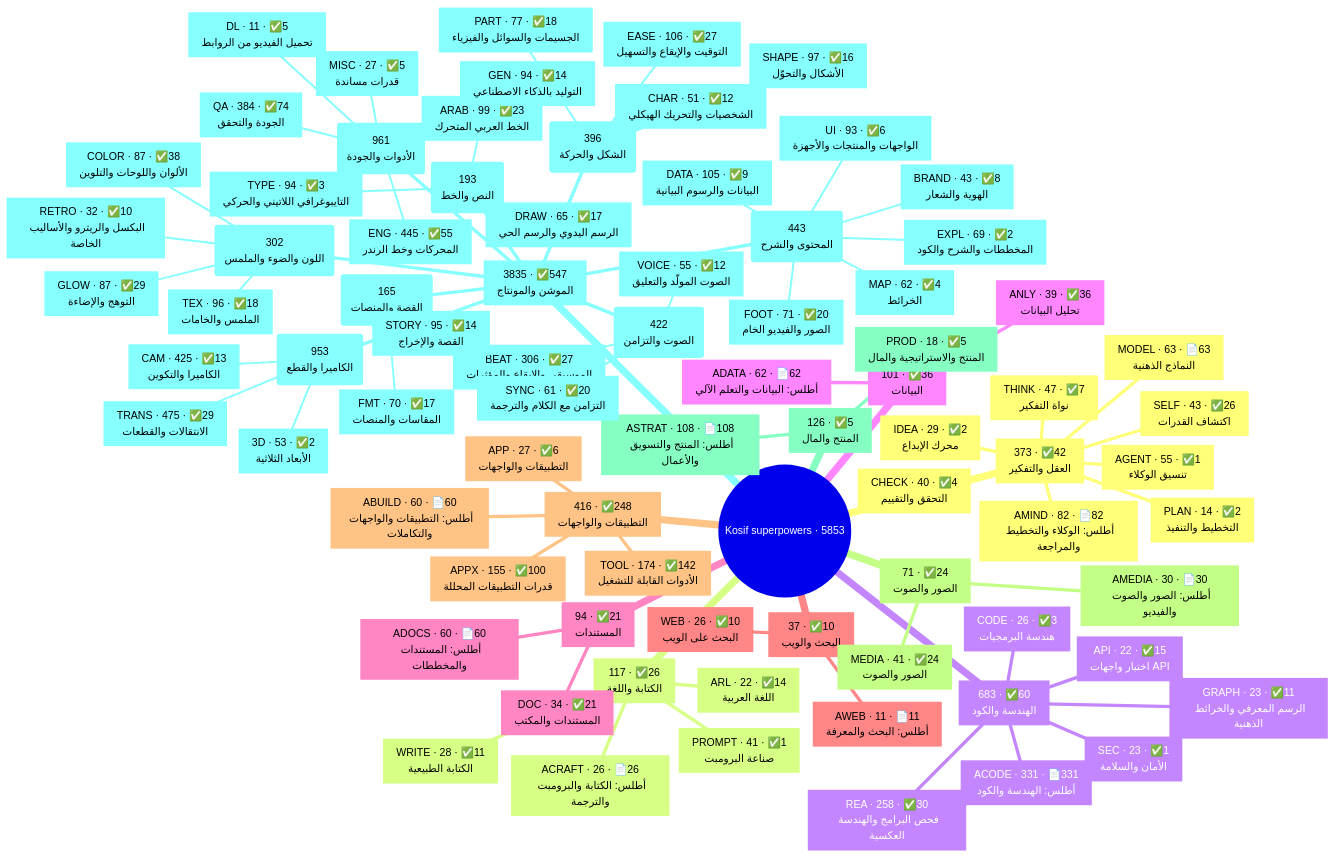
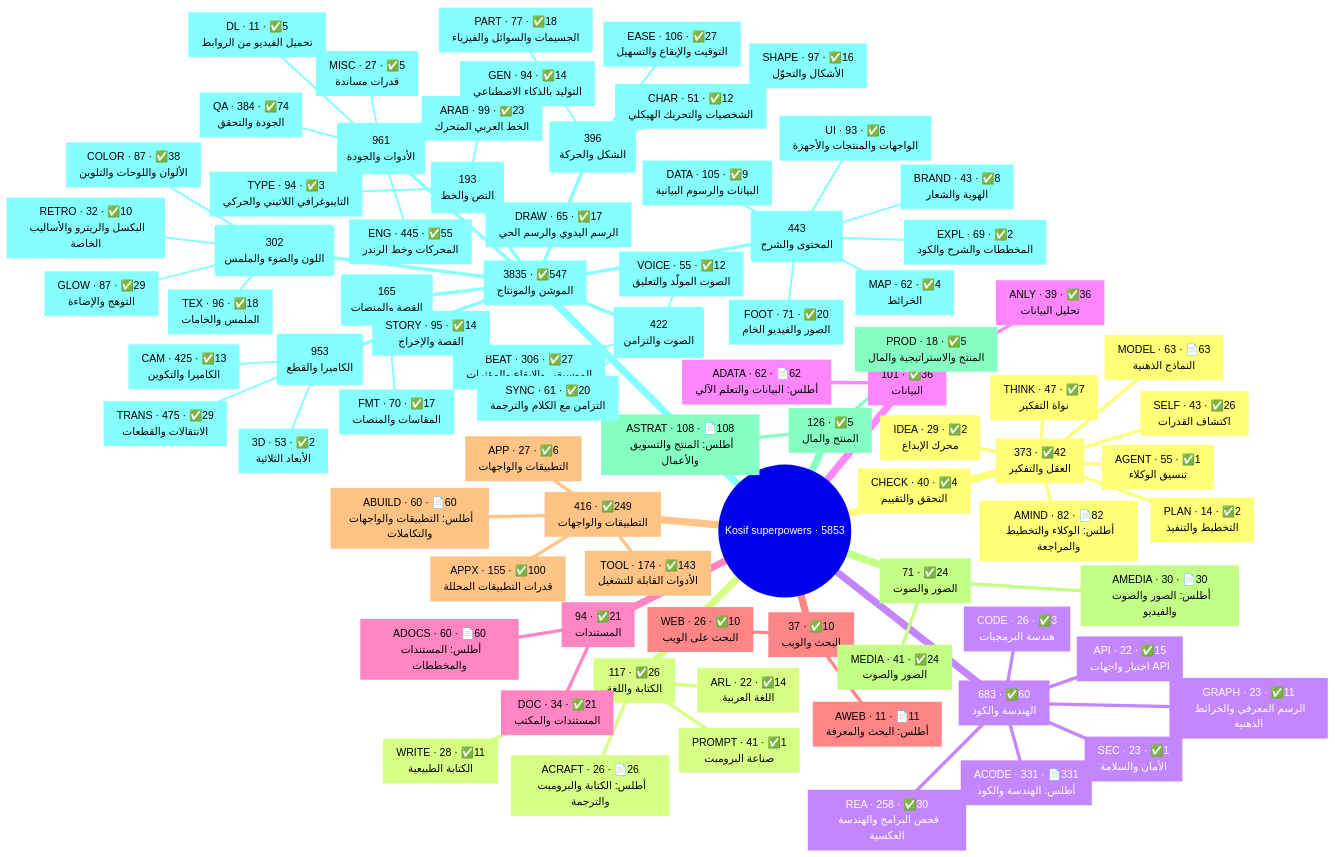
The first of 2 diagrams in .claude/skills/kosif-superpowers/references/capability-map.md (kosif199022-jpg/kosif-tool), drawn with Mermaid before and after one commit. The commit also changed 52 other files, not shown here.

```diff
--- a/.claude/skills/kosif-superpowers/references/capability-map.md
+++ b/.claude/skills/kosif-superpowers/references/capability-map.md
@@ -78,9 +78,9 @@
 البحث على الويب`"]
       n30["`AWEB · 11 · 📄11
 أطلس: البحث والمعرفة`"]
-    n31["`416 · ✅248
+    n31["`416 · ✅249
 التطبيقات والواجهات`"]
-      n32["`TOOL · 174 · ✅142
+      n32["`TOOL · 174 · ✅143
 الأدوات القابلة للتشغيل`"]
       n33["`APPX · 155 · ✅100
 قدرات التطبيقات المحللة`"]
```
